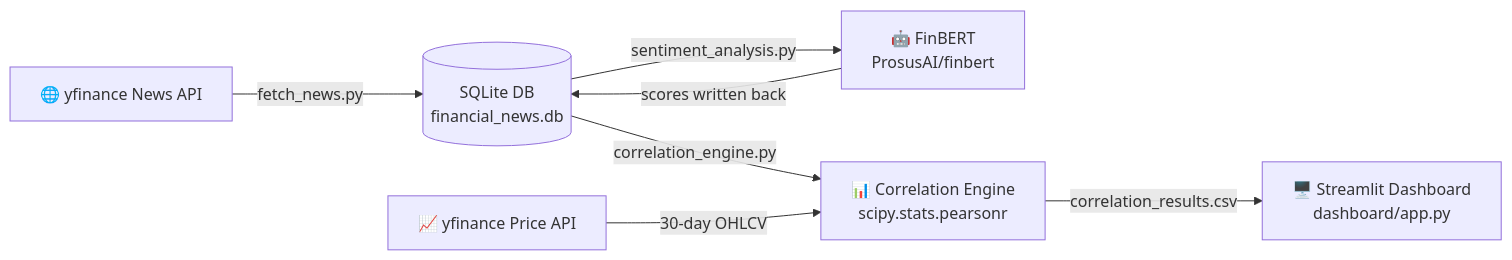
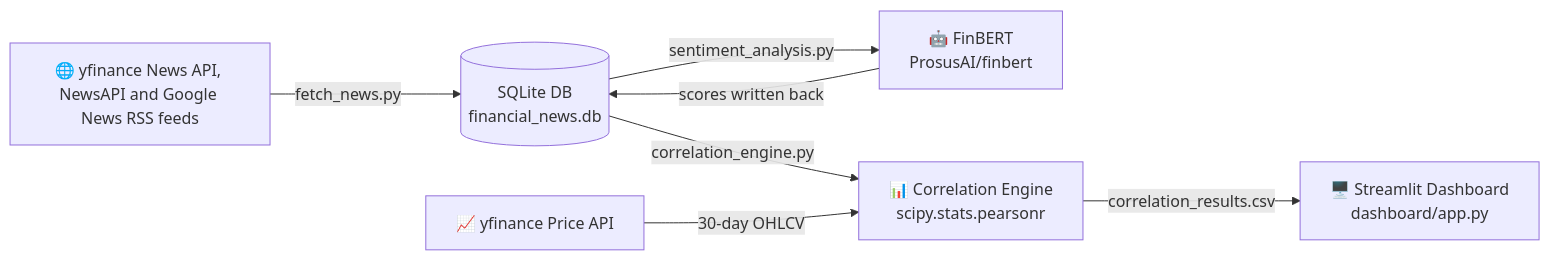
Before and after one commit to PratyakshDhankher/financial-news-sentiment-dashboard: the diagram in README.md, drawn with Mermaid.

Commit message:
Updated README with API's

````diff
--- a/README.md
+++ b/README.md
@@ -12,9 +12,9 @@
 ```mermaid
 flowchart LR
-    A[🌐 yfinance News API] -->|fetch_news.py| B[(SQLite DB\nfinancial_news.db)]
+    A[🌐 yfinance News API, NewsAPI and Google News RSS feeds] -->|fetch_news.py| B[(SQLite DB\nfinancial_news.db)]
     B -->|sentiment_analysis.py| C[🤖 FinBERT\nProsusAI/finbert]
     C -->|scores written back| B
     B -->|correlation_engine.py| D[📊 Correlation Engine\nscipy.stats.pearsonr]
     D -->|correlation_results.csv| E[🖥️ Streamlit Dashboard\ndashboard/app.py]
     A2[📈 yfinance Price API] -->|30-day OHLCV| D
 ```
````
